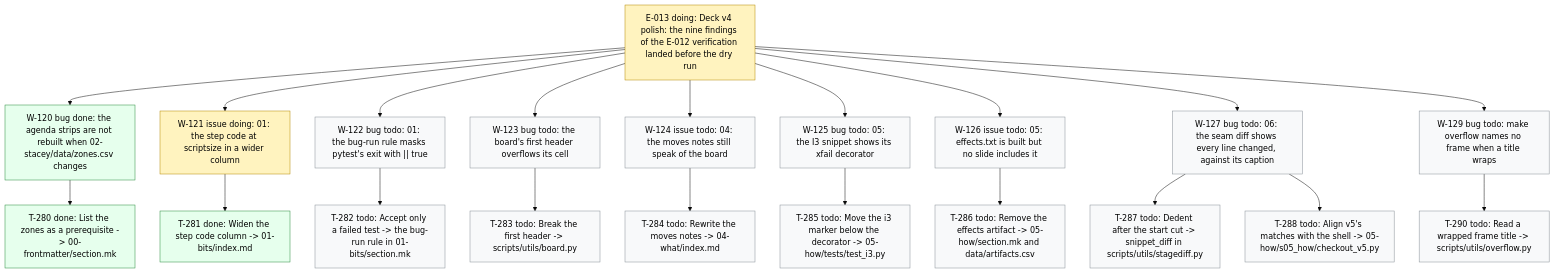
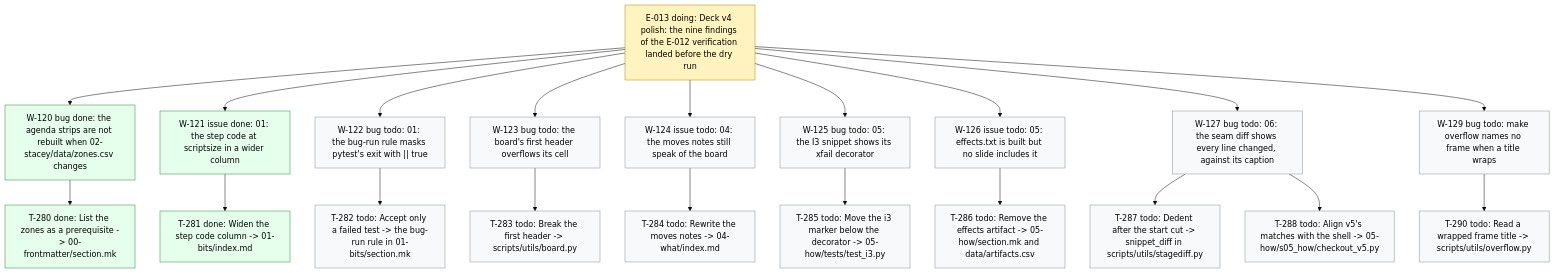
One commit to dpopchev/chaos-to-simple changed the diagram in .board/BOARD.md. Above: the diagram before and after it, drawn with Mermaid (base theme). The commit also changed other lines of this file and 1 other file, not shown here.

Commit message:
chore(board): close W-121 -- landed
Refs: W-121

````diff
--- a/.board/BOARD.md
+++ b/.board/BOARD.md
@@ -729,31 +729,31 @@
 ```mermaid
 flowchart TD
   E013["E-013 doing: Deck v4 polish: the nine findings of the E-012 verification landed before the dry run"]
   E013 --> W120["W-120 bug done: the agenda strips are not rebuilt when 02-stacey/data/zones.csv changes"]
   W120 --> T280["T-280 done: List the zones as a prerequisite -> 00-frontmatter/section.mk"]
-  E013 --> W121["W-121 issue doing: 01: the step code at scriptsize in a wider column"]
+  E013 --> W121["W-121 issue done: 01: the step code at scriptsize in a wider column"]
   W121 --> T281["T-281 done: Widen the step code column -> 01-bits/index.md"]
   E013 --> W122["W-122 bug todo: 01: the bug-run rule masks pytest's exit with || true"]
   W122 --> T282["T-282 todo: Accept only a failed test -> the bug-run rule in 01-bits/section.mk"]
   E013 --> W123["W-123 bug todo: the board's first header overflows its cell"]
   W123 --> T283["T-283 todo: Break the first header -> scripts/utils/board.py"]
   E013 --> W124["W-124 issue todo: 04: the moves notes still speak of the board"]
   W124 --> T284["T-284 todo: Rewrite the moves notes -> 04-what/index.md"]
   E013 --> W125["W-125 bug todo: 05: the I3 snippet shows its xfail decorator"]
   W125 --> T285["T-285 todo: Move the i3 marker below the decorator -> 05-how/tests/test_i3.py"]
   E013 --> W126["W-126 issue todo: 05: effects.txt is built but no slide includes it"]
   W126 --> T286["T-286 todo: Remove the effects artifact -> 05-how/section.mk and data/artifacts.csv"]
   E013 --> W127["W-127 bug todo: 06: the seam diff shows every line changed, against its caption"]
   W127 --> T287["T-287 todo: Dedent after the start cut -> snippet_diff in scripts/utils/stagediff.py"]
   W127 --> T288["T-288 todo: Align v5's matches with the shell -> 05-how/s05_how/checkout_v5.py"]
   E013 --> W129["W-129 bug todo: make overflow names no frame when a title wraps"]
   W129 --> T290["T-290 todo: Read a wrapped frame title -> scripts/utils/overflow.py"]
   classDef doing fill:#fff3bf,stroke:#b58900,color:#000;
   classDef blocked fill:#ffe3e3,stroke:#c92a2a,color:#000;
   classDef done fill:#e6ffed,stroke:#2b8a3e,color:#000;
   classDef todo fill:#f8f9fa,stroke:#868e96,color:#000;
   classDef pruned fill:#f1f3f5,stroke:#adb5bd,color:#000;
-  class E013,W121 doing
-  class W120,T280,T281 done
+  class E013 doing
+  class W120,T280,W121,T281 done
   class W122,T282,W123,T283,W124,T284,W125,T285,W126,T286,W127,T287,T288,W129,T290 todo
 ```
````
